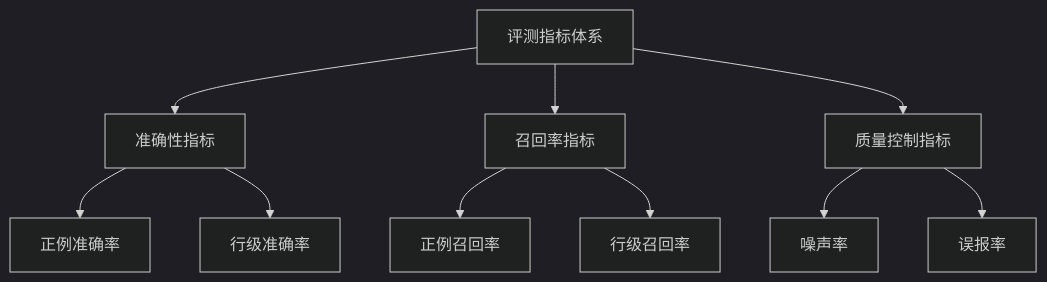
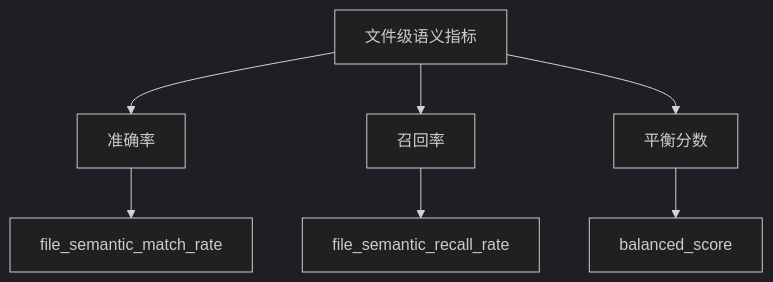
The diagram in docs/zh/metrics.md (alibaba/aacr-bench), drawn with Mermaid (dark theme) before and after one commit. The commit also changed other lines of this file and 3 other files, not shown here.

````diff
--- a/docs/zh/metrics.md
+++ b/docs/zh/metrics.md
@@ -4,13 +8,10 @@
 ```mermaid
 graph TD
-    A[评测指标体系] --> B[准确性指标]
-    A --> C[召回率指标]
-    A --> D[质量控制指标]
-    
-    B --> B1[正例准确率]
-    B --> B2[行级准确率]
-    C --> C1[正例召回率]
-    C --> C2[行级召回率]
-    D --> D1[噪声率]
-    D --> D2[误报率]
+    A[文件级语义指标] --> B[准确率]
+    A --> C[召回率]
+    A --> D[平衡分数]
+
+    B --> B1[file_semantic_match_rate]
+    C --> C1[file_semantic_recall_rate]
+    D --> D1[balanced_score]
 ```
````
